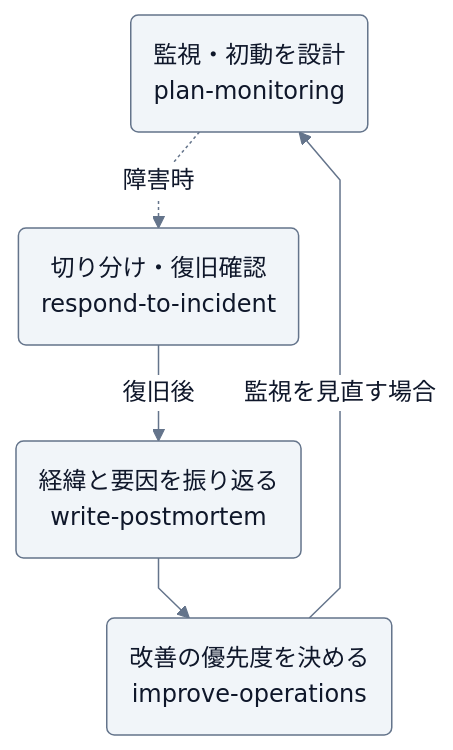
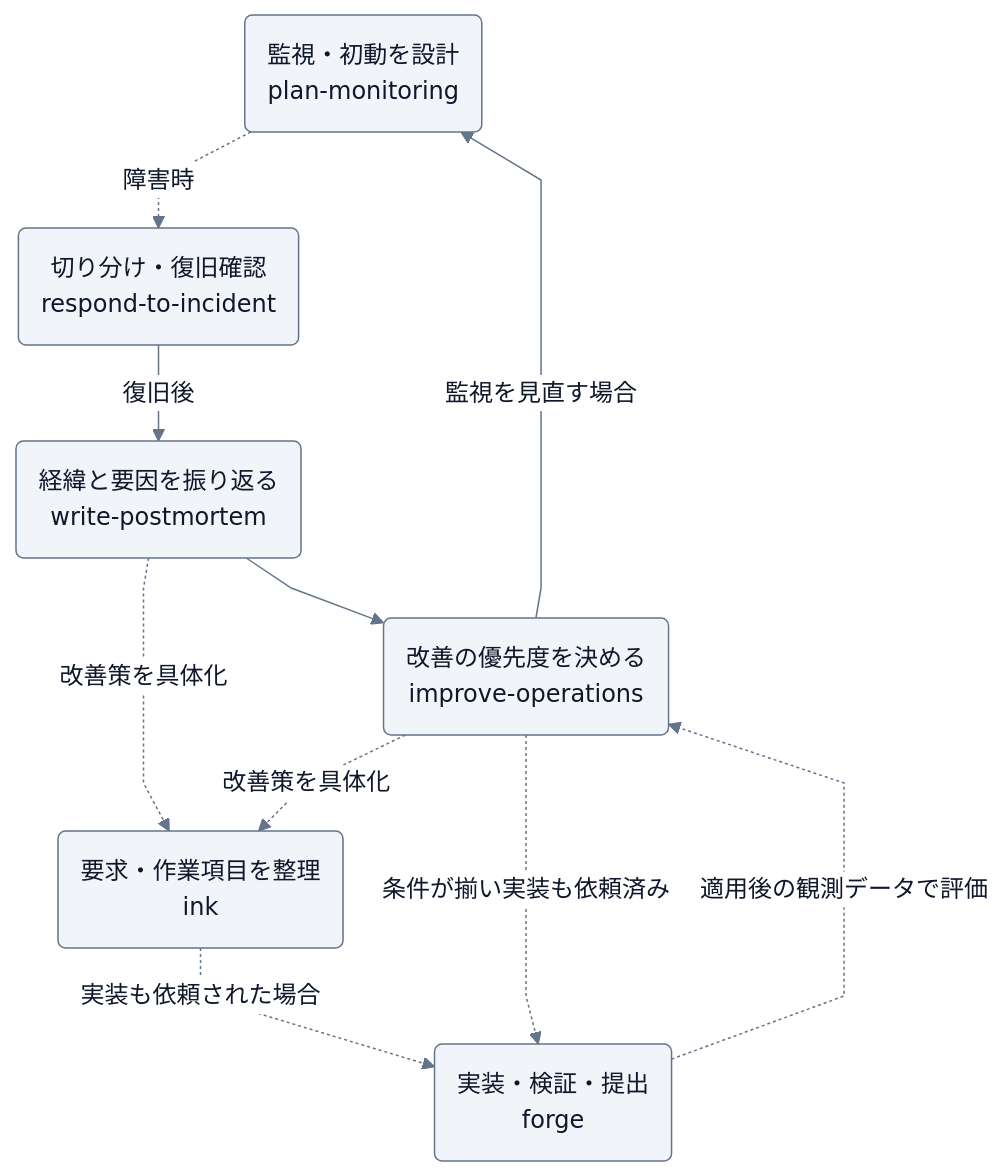
One commit to Wataru-Toriumi/agent-skills changed the diagram in plugins/pulse/README.md. Above: the diagram before and after it, drawn with Mermaid. The commit also changed other lines of this file and 5 other files, not shown here.

````diff
--- a/plugins/pulse/README.md
+++ b/plugins/pulse/README.md
@@ -18,31 +18,36 @@
 ```mermaid
 ---
 config:
   theme: base
   look: classic
   fontFamily: sans-serif
   themeVariables:
     primaryColor: "#F1F5F9"
     primaryTextColor: "#0F172A"
     primaryBorderColor: "#64748B"
     lineColor: "#64748B"
     tertiaryColor: "#F8FAFC"
     clusterBkg: "#F8FAFC"
     clusterBorder: "#CBD5E1"
     edgeLabelBackground: "#FFFFFF"
   flowchart:
     wrappingWidth: 300
     curve: linear
     nodeSpacing: 32
     rankSpacing: 40
 ---
 flowchart TD
     monitoring("監視・初動を設計<br/>plan-monitoring")
     incident("切り分け・復旧確認<br/>respond-to-incident")
     postmortem("経緯と要因を振り返る<br/>write-postmortem")
     improve("改善の優先度を決める<br/>improve-operations")
     monitoring -. 障害時 .-> incident
     incident -->|復旧後| postmortem
     postmortem --> improve
     improve -->|監視を見直す場合| monitoring
+    postmortem -. 改善策を具体化 .-> item("要求・作業項目を整理<br/>ink")
+    improve -. 改善策を具体化 .-> item
+    item -. 実装も依頼された場合 .-> implement("実装・検証・提出<br/>forge")
+    improve -. 条件が揃い実装も依頼済み .-> implement
+    implement -. 適用後の観測データで評価 .-> improve
 ```
````
